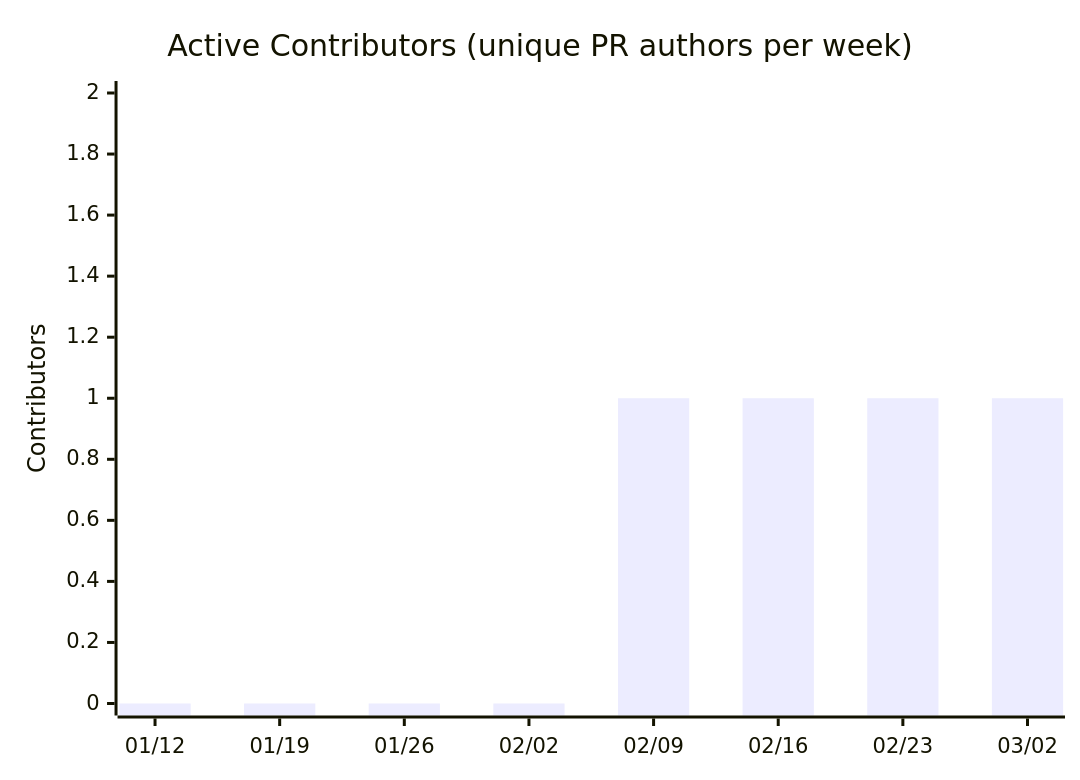
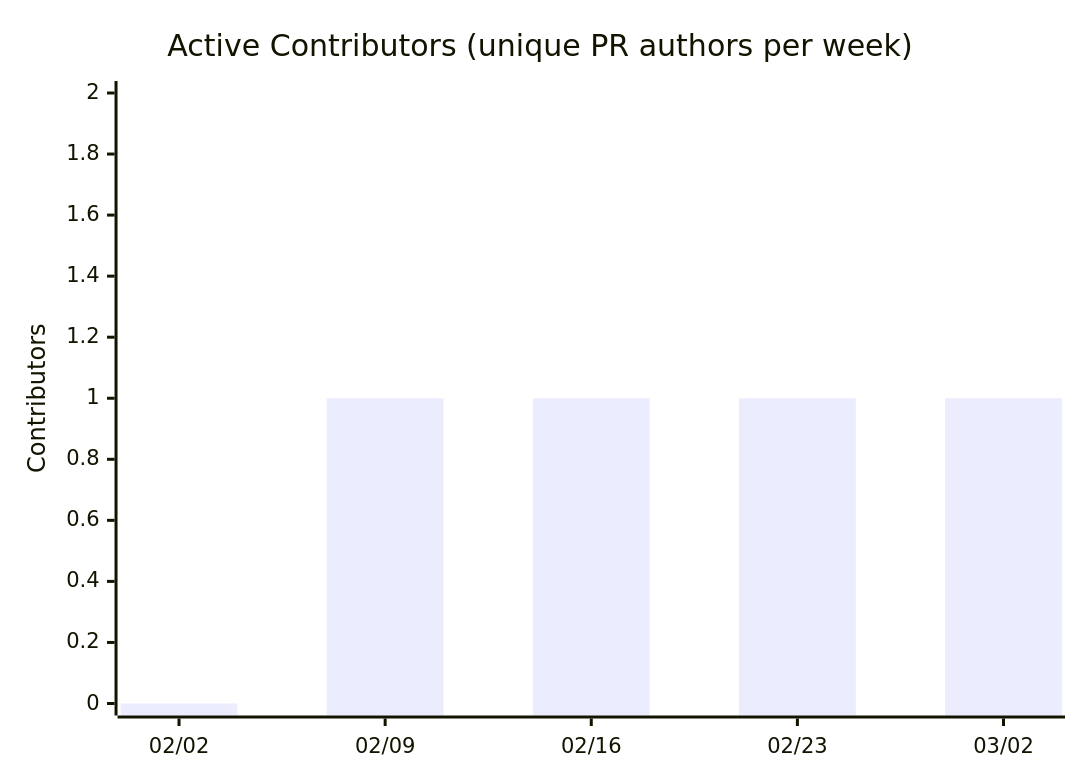
One commit to nablarch/nabledge-dev changed the ninth of 13 diagrams in docs/metrics.md. Above: the diagram before and after it, drawn with Mermaid. The commit also changed other lines of this file and 2 other files, not shown here.

First line of the commit message:
feat: simplify DORA scorecard table and start charts from first commit

````diff
--- a/docs/metrics.md
+++ b/docs/metrics.md
@@ -97,7 +98,7 @@
 ```mermaid
 xychart-beta
   title "Active Contributors (unique PR authors per week)"
-  x-axis ["01/12", "01/19", "01/26", "02/02", "02/09", "02/16", "02/23", "03/02"]
+  x-axis ["02/02", "02/09", "02/16", "02/23", "03/02"]
   y-axis "Contributors" 0 --> 2
-  bar [0, 0, 0, 0, 1, 1, 1, 1]
+  bar [0, 1, 1, 1, 1]
 ```
````
